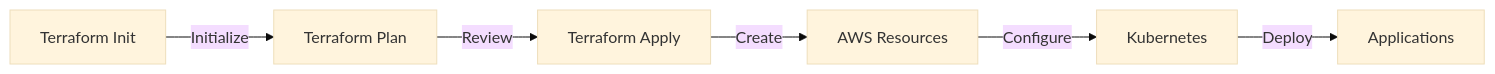
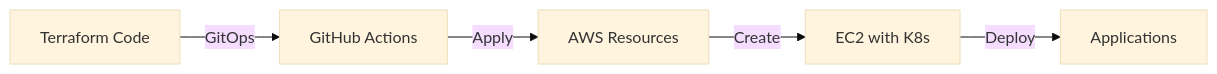
Before and after one commit to book-vault/.github: the third of 3 diagrams in profile/README.md, drawn with Mermaid (base theme). The commit also changed other lines of this file and 1 other file, not shown here.

````diff
--- a/profile/README.md
+++ b/profile/README.md
@@ -114,8 +126,7 @@
    ```mermaid
    graph LR
-       A[Terraform Init] -->|Initialize| B[Terraform Plan]
-       B -->|Review| C[Terraform Apply]
-       C -->|Create| D[AWS Resources]
-       D -->|Configure| E[Kubernetes]
-       E -->|Deploy| F[Applications]
+       A[Terraform Code] -->|GitOps| B[GitHub Actions]
+       B -->|Apply| C[AWS Resources]
+       C -->|Create| D[EC2 with K8s]
+       D -->|Deploy| E[Applications]
    ```
````
